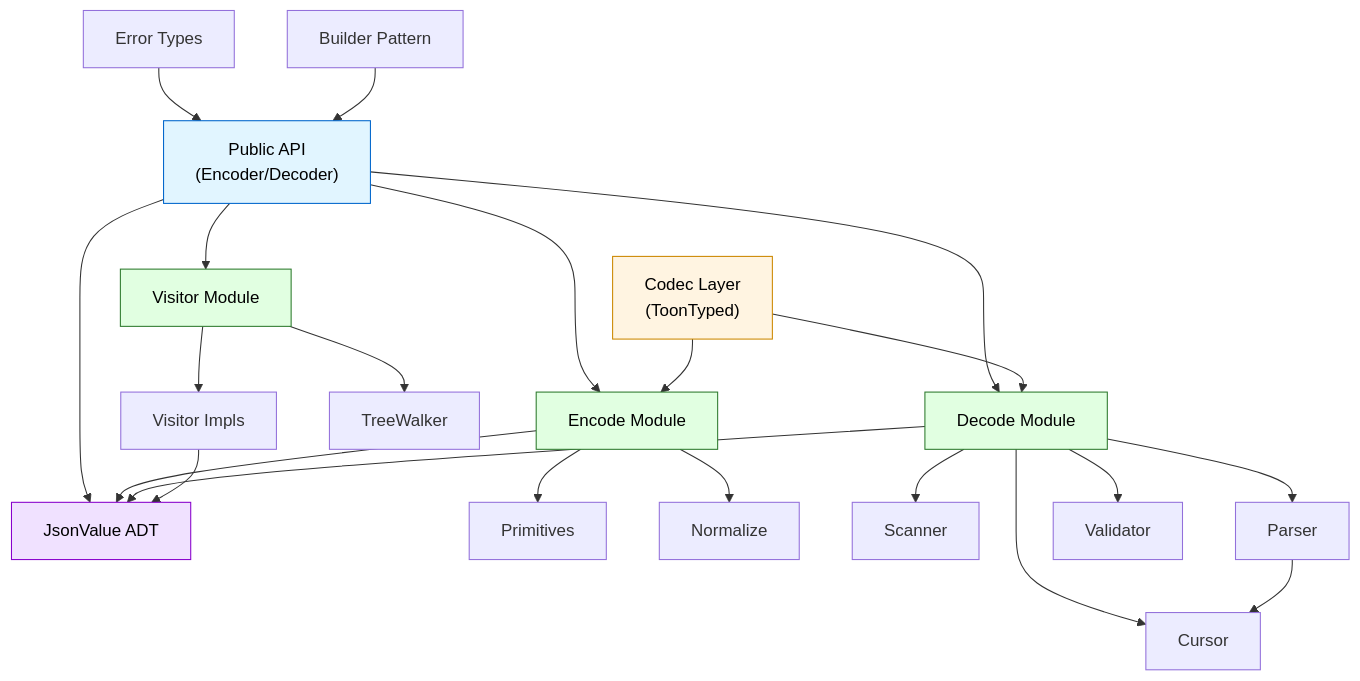
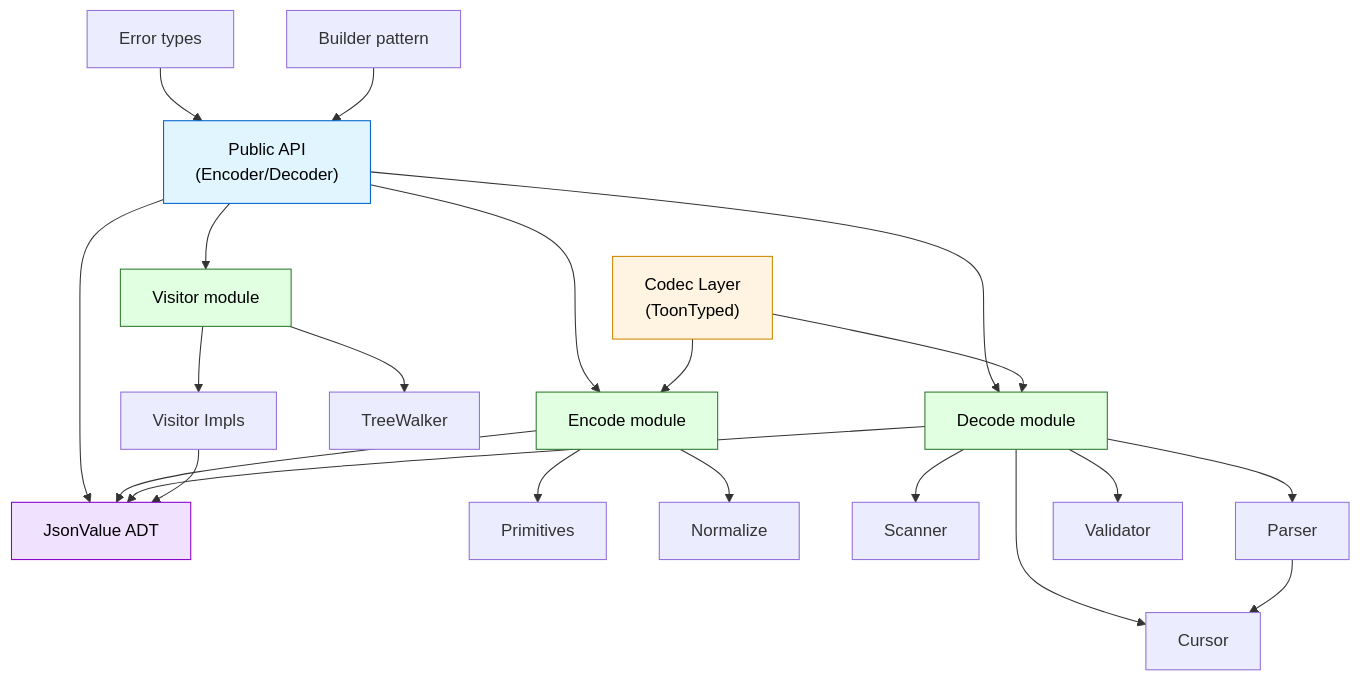
One commit to com-vitthalmirji/toon4s changed the ninth of 16 diagrams in README.md. Above: the diagram before and after it, drawn with Mermaid. The commit also changed other lines of this file, not shown here.

````diff
--- a/README.md
+++ b/README.md
@@ -374,47 +374,45 @@
 ```mermaid
 graph TD
     API["Public API<br/>(Encoder/Decoder)"]
     CODEC["Codec Layer<br/>(ToonTyped)"]
     JSON["JsonValue ADT"]
-    ENCODE["Encode Module"]
-    DECODE["Decode Module"]
-    VISITOR["Visitor Module"]
+    ENCODE["Encode module"]
+    DECODE["Decode module"]
+    VISITOR["Visitor module"]
     PRIMITIVES["Primitives"]
     NORMALIZE["Normalize"]
     SCANNER["Scanner"]
     PARSER["Parser"]
     CURSOR["Cursor"]
     VALIDATOR["Validator"]
     TREEWALKER["TreeWalker"]
     VISITORS["Visitor Impls"]
-    ERROR["Error Types"]
-    BUILD["Builder Pattern"]
-
+    ERROR["Error types"]
+    BUILD["Builder pattern"]
     API --> ENCODE
     API --> DECODE
     API --> VISITOR
     API --> JSON
     CODEC --> ENCODE
     CODEC --> DECODE
     ENCODE --> PRIMITIVES
     ENCODE --> NORMALIZE
     ENCODE --> JSON
     DECODE --> SCANNER
     DECODE --> PARSER
     DECODE --> CURSOR
     DECODE --> VALIDATOR
     DECODE --> JSON
     PARSER --> CURSOR
     VISITOR --> TREEWALKER
     VISITOR --> VISITORS
     VISITORS --> JSON
     ERROR --> API
     BUILD --> API
-
     style API fill: #e1f5ff, stroke: #0066cc, color: #000
     style CODEC fill: #fff4e1, stroke: #cc8800, color: #000
     style JSON fill: #f0e1ff, stroke: #8800cc, color: #000
     style ENCODE fill: #e1ffe1, stroke: #2d7a2d, color: #000
     style DECODE fill: #e1ffe1, stroke: #2d7a2d, color: #000
     style VISITOR fill: #e1ffe1, stroke: #2d7a2d, color: #000
 ```
````
